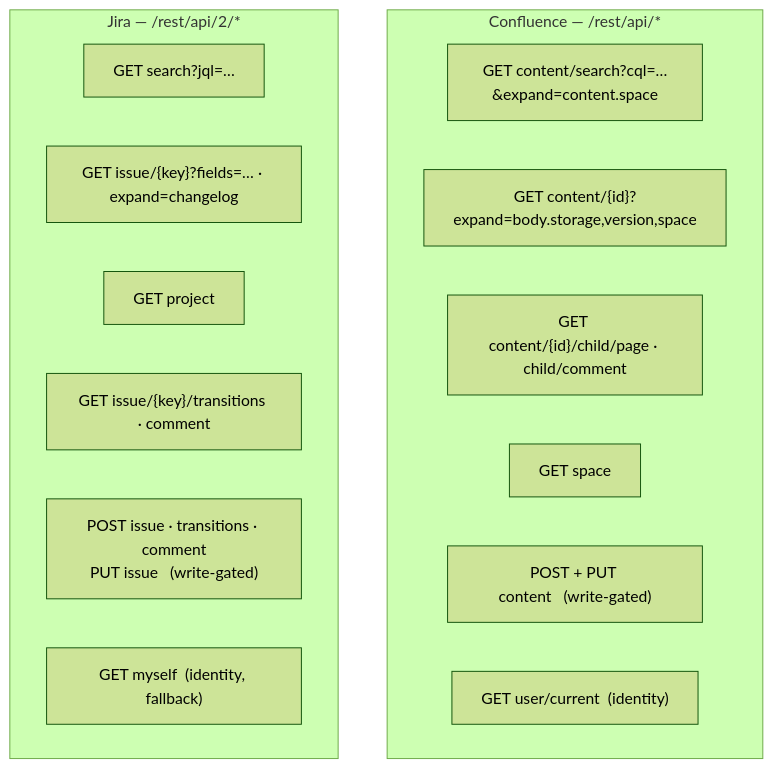
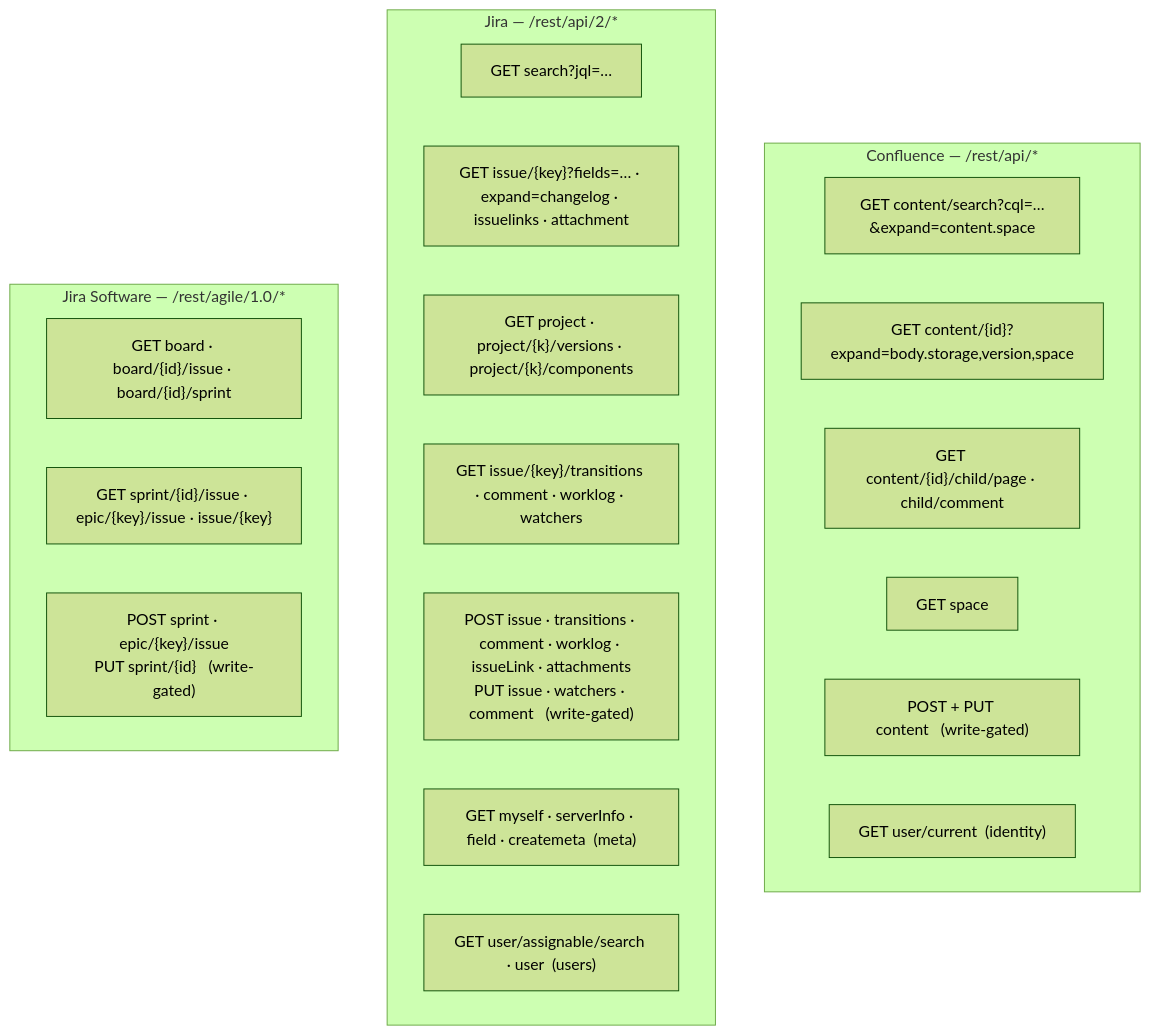
One commit to whjvenyl/atlassian-dc-mcp changed the second of 2 diagrams in README.md. Above: the diagram before and after it, drawn with Mermaid (forest theme). The commit also changed other lines of this file, not shown here.

Commit message:
docs: README compatibility — audit note, createmeta fallback, agile/serverInfo version floors

````diff
--- a/README.md
+++ b/README.md
@@ -53,19 +53,25 @@
 ```mermaid
 flowchart TB
     subgraph conf["Confluence — /rest/api/*"]
         c1["GET content/search?cql=…&expand=content.space"]
         c2["GET content/{id}?expand=body.storage,version,space"]
         c3["GET content/{id}/child/page · child/comment"]
         c4["GET space"]
         c5["POST + PUT content&nbsp;&nbsp;&nbsp;(write-gated)"]
         c6["GET user/current&nbsp;&nbsp;(identity)"]
     end
     subgraph jira["Jira — /rest/api/2/*"]
         j1["GET search?jql=…"]
-        j2["GET issue/{key}?fields=… · expand=changelog"]
-        j3["GET project"]
-        j4["GET issue/{key}/transitions · comment"]
-        j5["POST issue · transitions · comment<br/>PUT issue&nbsp;&nbsp;&nbsp;(write-gated)"]
-        j6["GET myself&nbsp;&nbsp;(identity, fallback)"]
+        j2["GET issue/{key}?fields=… · expand=changelog · issuelinks · attachment"]
+        j3["GET project · project/{k}/versions · project/{k}/components"]
+        j4["GET issue/{key}/transitions · comment · worklog · watchers"]
+        j5["POST issue · transitions · comment · worklog · issueLink · attachments<br/>PUT issue · watchers · comment&nbsp;&nbsp;&nbsp;(write-gated)"]
+        j6["GET myself · serverInfo · field · createmeta&nbsp;&nbsp;(meta)"]
+        j7["GET user/assignable/search · user&nbsp;&nbsp;(users)"]
+    end
+    subgraph agile["Jira Software — /rest/agile/1.0/*"]
+        a1["GET board · board/{id}/issue · board/{id}/sprint"]
+        a2["GET sprint/{id}/issue · epic/{key}/issue · issue/{key}"]
+        a3["POST sprint · epic/{key}/issue<br/>PUT sprint/{id}&nbsp;&nbsp;&nbsp;(write-gated)"]
     end
 ```
````
